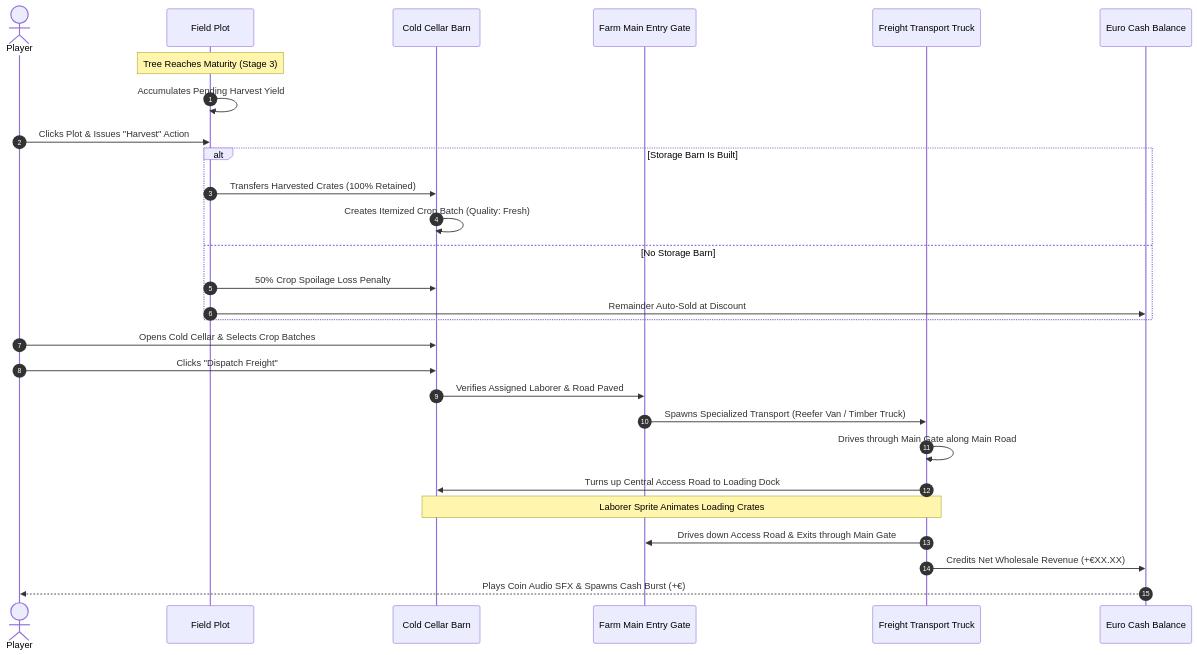
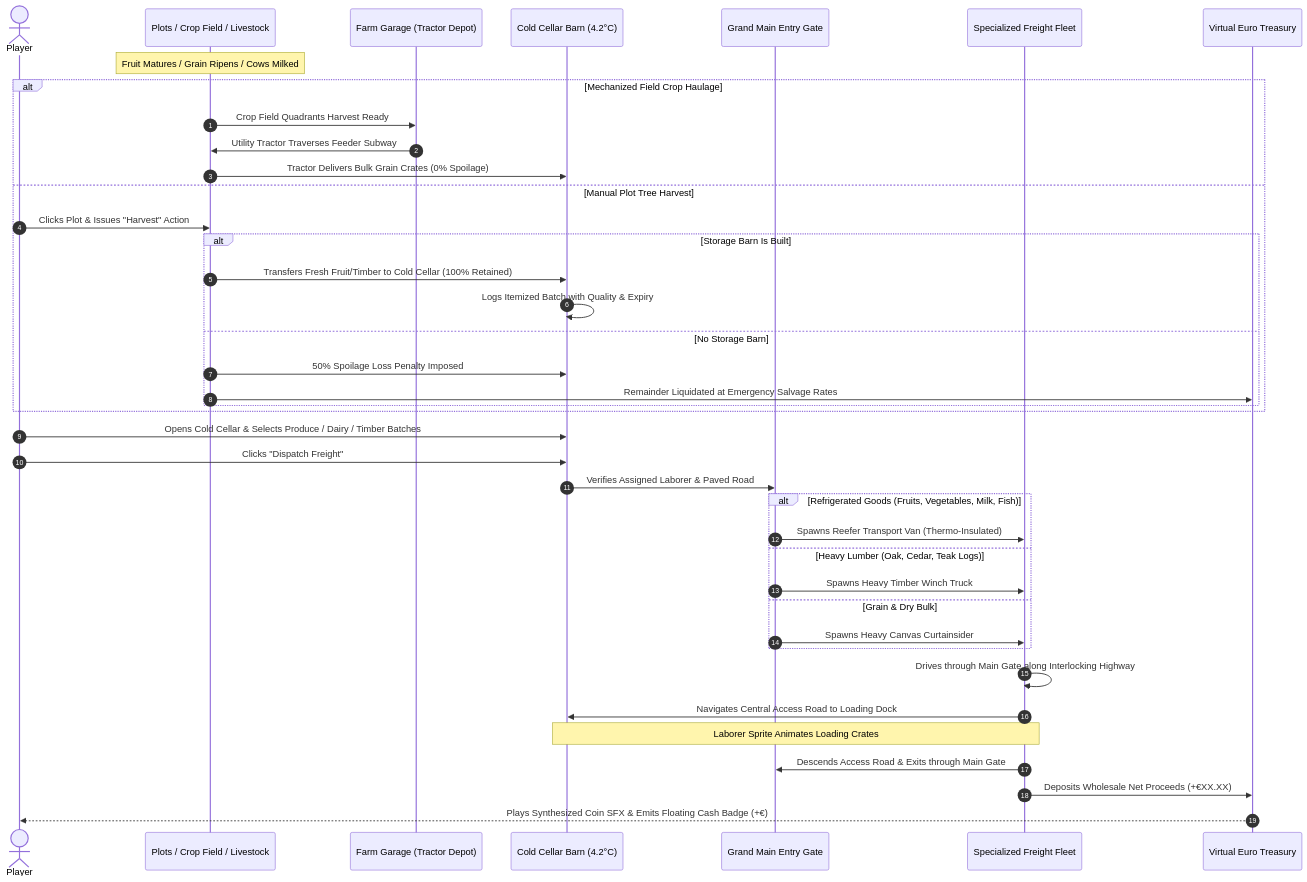
The fourth of 7 diagrams in README.md (mishu-anik23/searchO2), drawn with Mermaid before and after one commit. The commit also changed other lines of this file, not shown here.

Commit message:
docs: comprehensive update to README with all latest systems, polyculture garden, microgrid, encyclopedias, and Mermaid flow diagrams

````diff
--- a/README.md
+++ b/README.md
@@ -193,34 +294,47 @@
 ```mermaid
 sequenceDiagram
     autonumber
     actor Player
-    participant Plot as Field Plot
-    participant Storage as Cold Cellar Barn
-    participant Gate as Farm Main Entry Gate
-    participant Truck as Freight Transport Truck
-    participant Bank as Euro Cash Balance
+    participant Field as Plots / Crop Field / Livestock
+    participant Garage as Farm Garage (Tractor Depot)
+    participant Storage as Cold Cellar Barn (4.2°C)
+    participant Gate as Grand Main Entry Gate
+    participant Carrier as Specialized Freight Fleet
+    participant Bank as Virtual Euro Treasury
 
-    Note over Plot: Tree Reaches Maturity (Stage 3)
-    Plot->>Plot: Accumulates Pending Harvest Yield
-    Player->>Plot: Clicks Plot & Issues "Harvest" Action
+    Note over Field: Fruit Matures / Grain Ripens / Cows Milked
     
-    alt Storage Barn Is Built
-        Plot->>Storage: Transfers Harvested Crates (100% Retained)
-        Storage->>Storage: Creates Itemized Crop Batch (Quality: Fresh)
-    else No Storage Barn
-        Plot->>Storage: 50% Crop Spoilage Loss Penalty
-        Plot->>Bank: Remainder Auto-Sold at Discount
+    alt Mechanized Field Crop Haulage
+        Field->>Garage: Crop Field Quadrants Harvest Ready
+        Garage->>Field: Utility Tractor Traverses Feeder Subway
+        Field->>Storage: Tractor Delivers Bulk Grain Crates (0% Spoilage)
+    else Manual Plot Tree Harvest
+        Player->>Field: Clicks Plot & Issues "Harvest" Action
+        alt Storage Barn Is Built
+            Field->>Storage: Transfers Fresh Fruit/Timber to Cold Cellar (100% Retained)
+            Storage->>Storage: Logs Itemized Batch with Quality & Expiry
+        else No Storage Barn
+            Field->>Storage: 50% Spoilage Loss Penalty Imposed
+            Field->>Bank: Remainder Liquidated at Emergency Salvage Rates
+        end
     end
 
-    Player->>Storage: Opens Cold Cellar & Selects Crop Batches
+    Player->>Storage: Opens Cold Cellar & Selects Produce / Dairy / Timber Batches
     Player->>Storage: Clicks "Dispatch Freight"
+    Storage->>Gate: Verifies Assigned Laborer & Paved Road
     
-    Storage->>Gate: Verifies Assigned Laborer & Road Paved
-    Gate->>Truck: Spawns Specialized Transport (Reefer Van / Timber Truck)
-    Truck->>Truck: Drives through Main Gate along Main Road
-    Truck->>Storage: Turns up Central Access Road to Loading Dock
-    Note over Storage,Truck: Laborer Sprite Animates Loading Crates
-    Truck->>Gate: Drives down Access Road & Exits through Main Gate
-    Truck->>Bank: Credits Net Wholesale Revenue (+€XX.XX)
-    Bank-->>Player: Plays Coin Audio SFX & Spawns Cash Burst (+€)
+    alt Refrigerated Goods (Fruits, Vegetables, Milk, Fish)
+        Gate->>Carrier: Spawns Reefer Transport Van (Thermo-Insulated)
+    else Heavy Lumber (Oak, Cedar, Teak Logs)
+        Gate->>Carrier: Spawns Heavy Timber Winch Truck
+    else Grain & Dry Bulk
+        Gate->>Carrier: Spawns Heavy Canvas Curtainsider
+    end
+
+    Carrier->>Carrier: Drives through Main Gate along Interlocking Highway
+    Carrier->>Storage: Navigates Central Access Road to Loading Dock
+    Note over Storage,Carrier: Laborer Sprite Animates Loading Crates
+    Carrier->>Gate: Descends Access Road & Exits through Main Gate
+    Carrier->>Bank: Deposits Wholesale Net Proceeds (+€XX.XX)
+    Bank-->>Player: Plays Synthesized Coin SFX & Emits Floating Cash Badge (+€)
 ```
````
